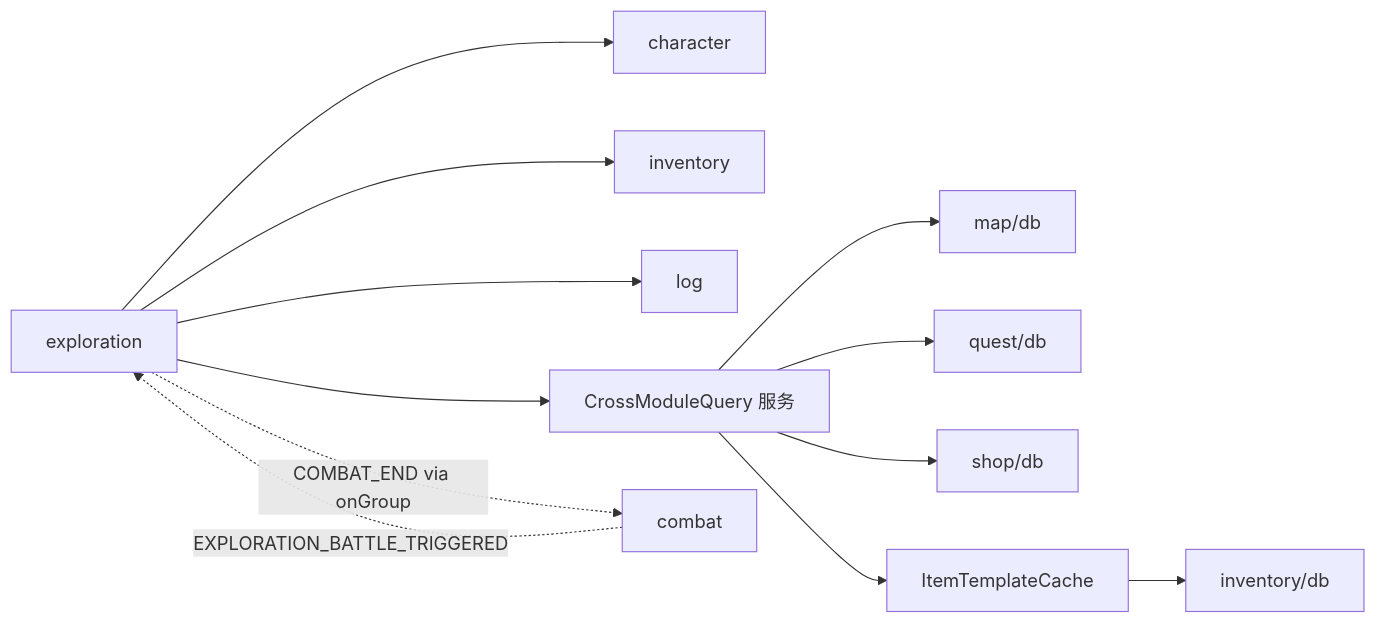
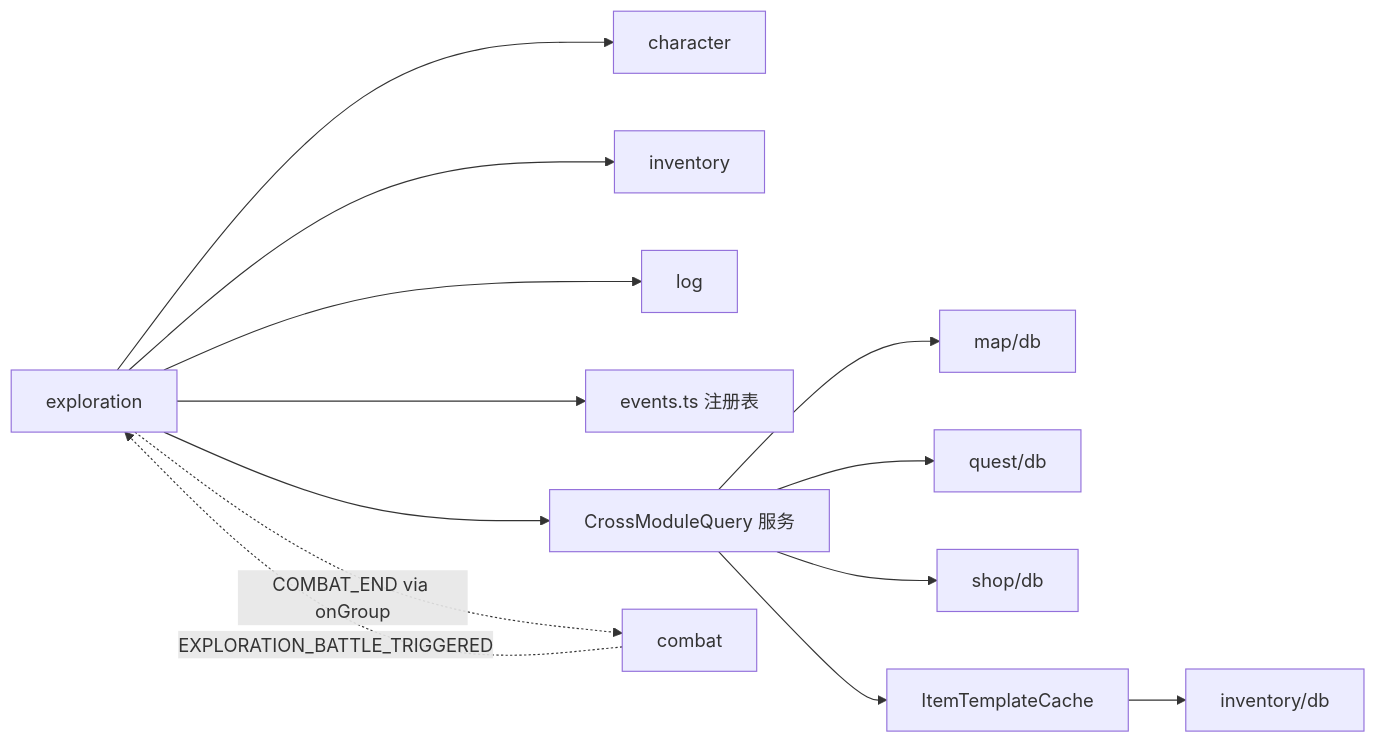
One commit to SonDemigods/wow_dnd changed the fifth of 10 diagrams in doc/project/DEPENDENCY_GRAPH.md. Above: the diagram before and after it, drawn with Mermaid. The commit also changed other lines of this file and 4 other files, not shown here.

````diff
--- a/doc/project/DEPENDENCY_GRAPH.md
+++ b/doc/project/DEPENDENCY_GRAPH.md
@@ -371,14 +436,15 @@
 ```mermaid
 graph LR
     exploration --> character
     exploration --> inventory
     exploration --> log
+    exploration --> eventsTS[events.ts 注册表]
     exploration --> crossModuleQuery[CrossModuleQuery 服务]
     crossModuleQuery --> map[map/db]
     crossModuleQuery --> quest[quest/db]
     crossModuleQuery --> shop[shop/db]
     crossModuleQuery --> itemCache[ItemTemplateCache]
     itemCache --> inv[inventory/db]
     exploration -.->|COMBAT_END via onGroup| combat
     combat -.->|EXPLORATION_BATTLE_TRIGGERED| exploration
 ```
````
